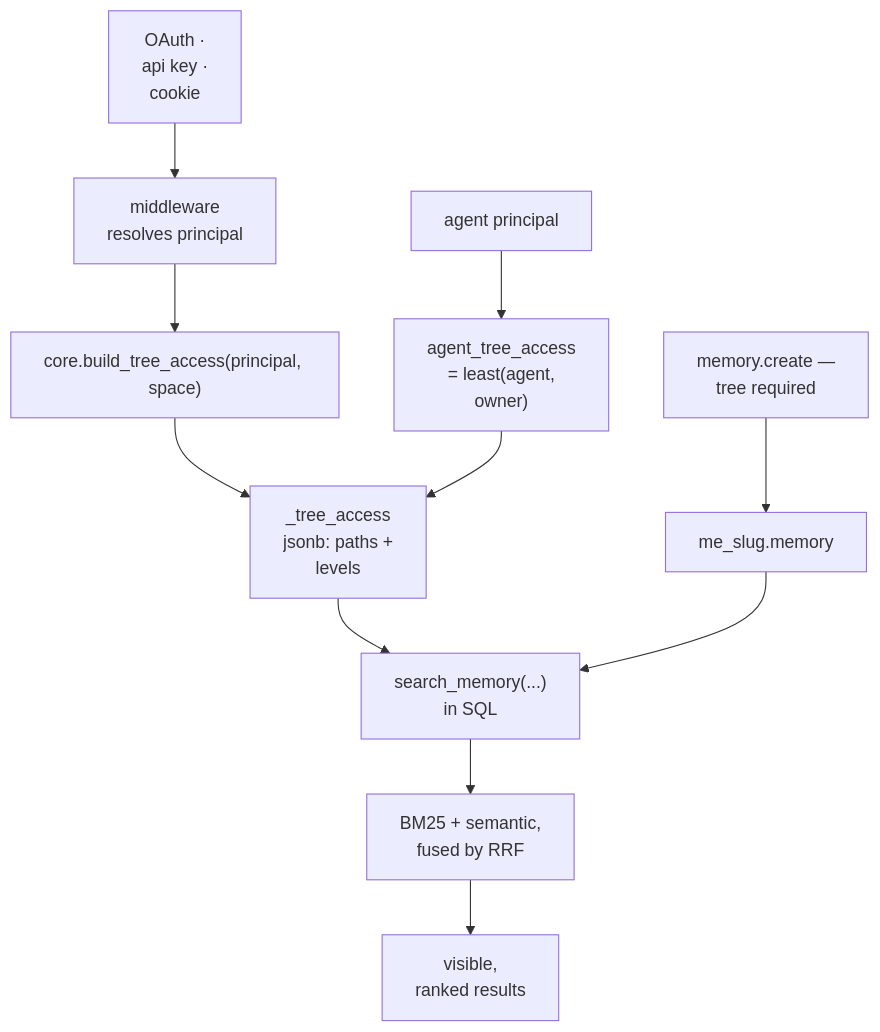
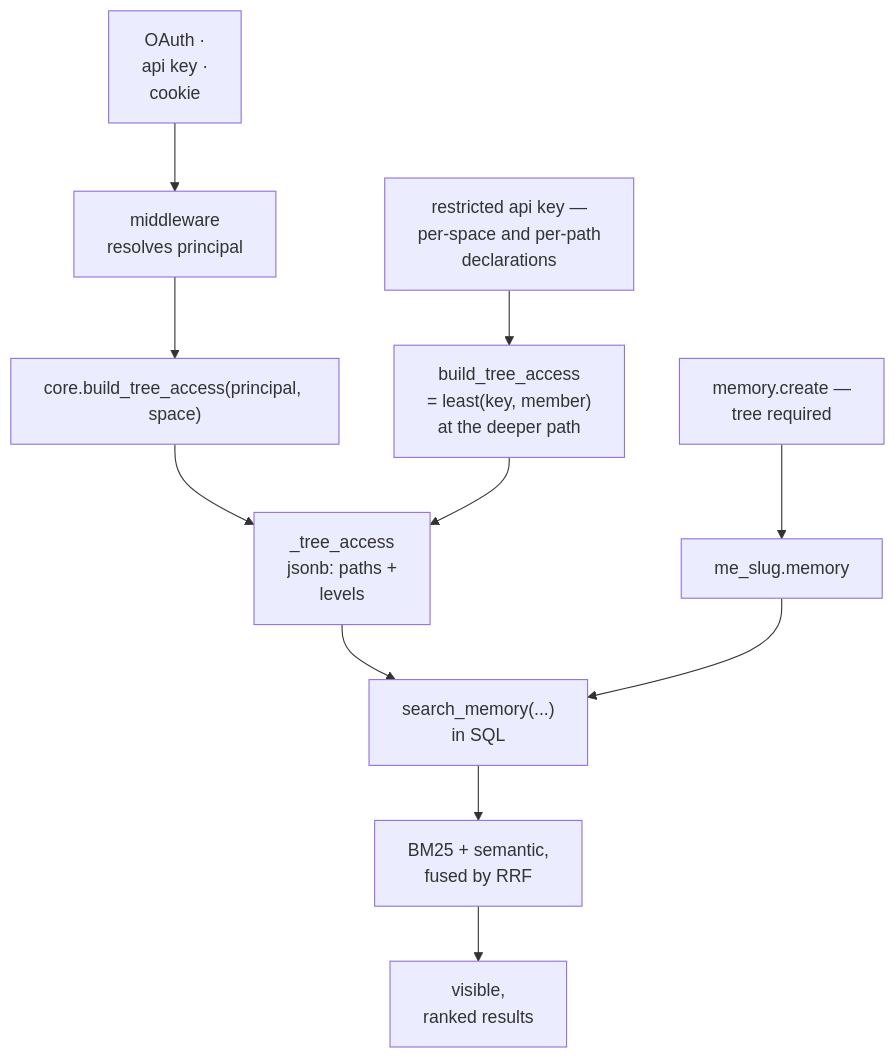
The diagram in content/systems/memory-engine.md (neoneye/agent-memory-atlas), drawn with Mermaid before and after one commit. The commit also changed other lines of this file and 13 other files, not shown here.

````diff
--- a/content/systems/memory-engine.md
+++ b/content/systems/memory-engine.md
@@ -113,14 +124,14 @@
 ```mermaid
 %% caption: three credential kinds resolve to one principal in middleware, so the scope reaching the store does not depend on which surface the caller used
 flowchart TD
   Cred["OAuth ·<br/>api key ·<br/>cookie"] --> MW["middleware<br/>resolves principal"]
   MW --> BTA["core.build_tree_access(principal, space)"]
   BTA --> TA["_tree_access<br/>jsonb: paths +<br/>levels"]
   TA --> SQL["search_memory(...)<br/>in SQL"]
   Mem["me_slug.memory"] --> SQL
   SQL --> RRF["BM25 + semantic,<br/>fused by RRF"]
   RRF --> Out["visible,<br/>ranked results"]
-  Agent["agent principal"] --> Clamp["agent_tree_access<br/>= least(agent,<br/>owner)"]
+  Key["restricted api key —<br/>per-space and per-path<br/>declarations"] --> Clamp["build_tree_access<br/>= least(key, member)<br/>at the deeper path"]
   Clamp --> TA
   W["memory.create —<br/>tree required"] --> Mem
 ```
````
